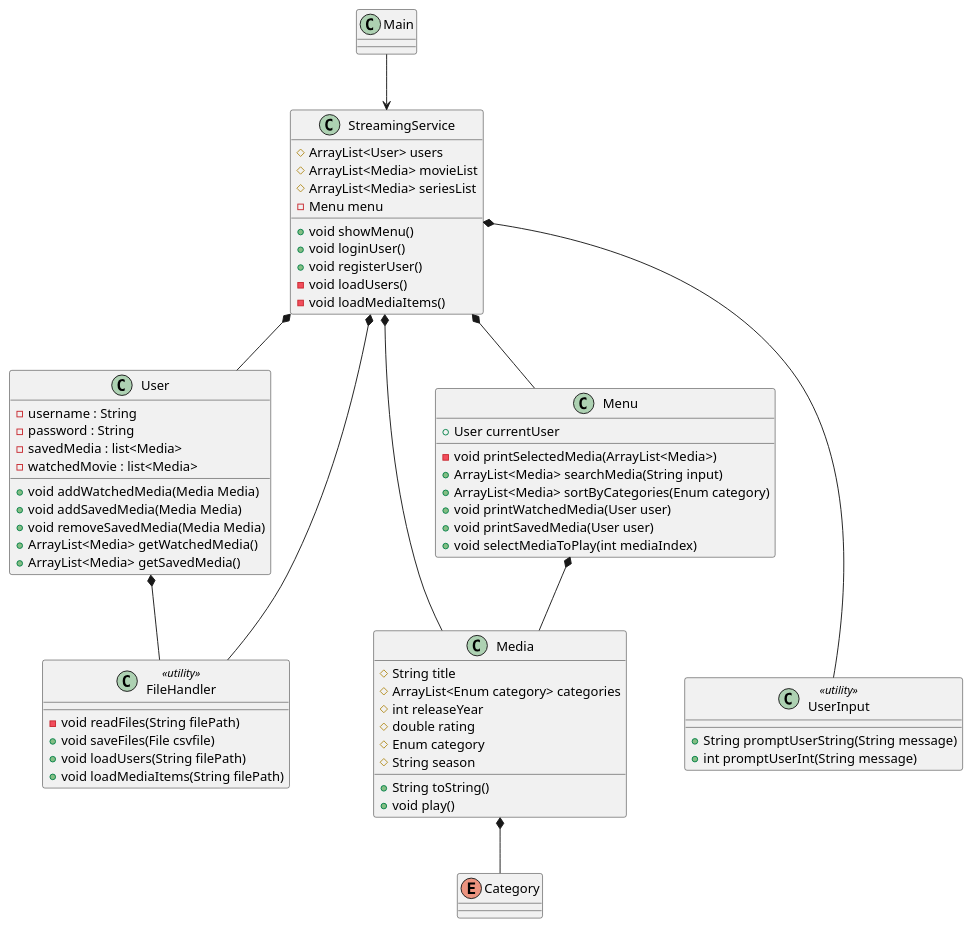
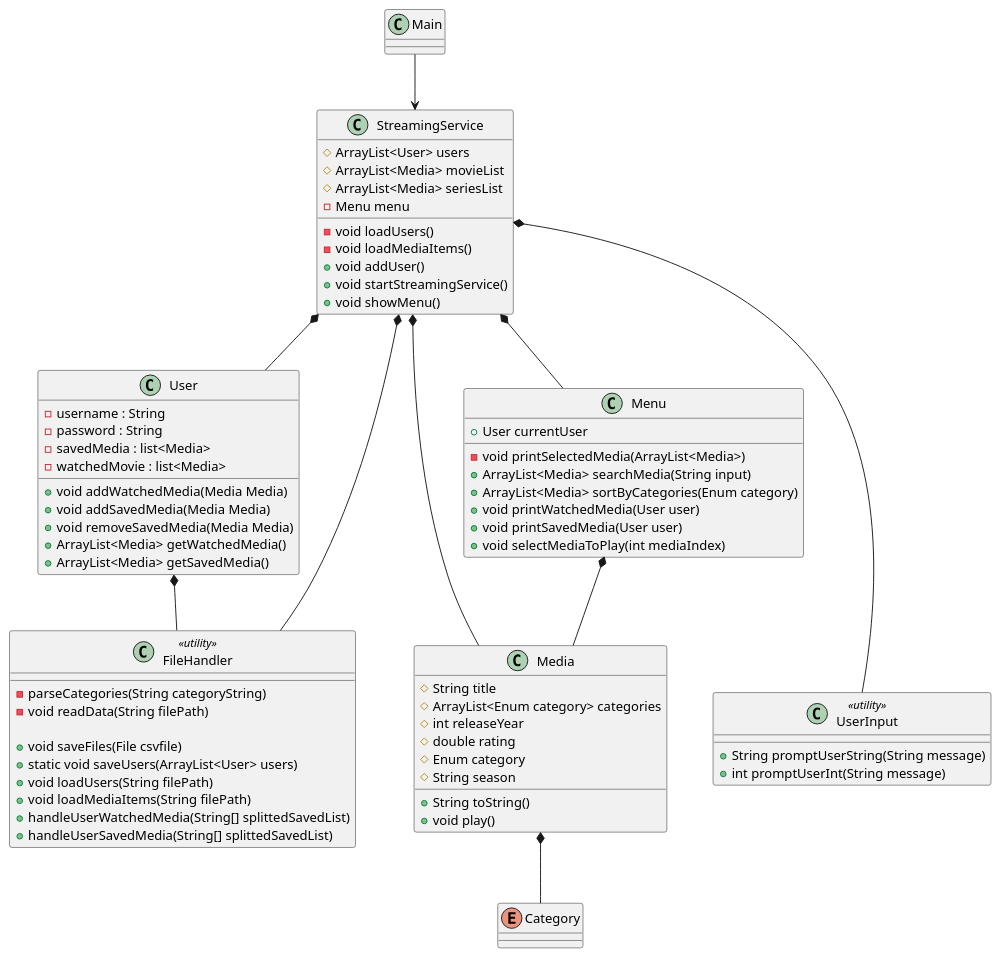
The diagram in UML DIagram/classDiagramV2.puml (Max-Rasmussen/SP3-StreamingService), drawn with PlantUML before and after one commit.

Commit message:
update classdiagram

```diff
--- a/UML DIagram/classDiagramV2.puml
+++ b/UML DIagram/classDiagramV2.puml
@@ -1,105 +1,109 @@
 @startuml
 
 
 
 
 '==Variabler og methods===
 
 class User{
 - username : String
 - password : String
 - savedMedia : list<Media>
 - watchedMovie : list<Media>
 
 + void addWatchedMedia(Media Media)
 + void addSavedMedia(Media Media)
 + void removeSavedMedia(Media Media)
 + ArrayList<Media> getWatchedMedia()
 + ArrayList<Media> getSavedMedia()
 
 }
 
 class Media{
 # String title
 # ArrayList<Enum category> categories
 # int releaseYear
 # double rating
 # Enum category
 # String season
 
 
 + String toString()
 + void play()
 
 
 }
 
 class Main
 
 
 enum Category
 class StreamingService{
 # ArrayList<User> users
 # ArrayList<Media> movieList
 # ArrayList<Media> seriesList
 - Menu menu
 
-+ void showMenu()
-+ void loginUser()
-+ void registerUser()
+
 - void loadUsers()
 - void loadMediaItems()
-
-
++ void addUser()
++ void startStreamingService()
++ void showMenu()
 }
 class FileHandler <<utility>> {
+- parseCategories(String categoryString)
+- void readData(String filePath)
 
-- void readFiles(String filePath)
 + void saveFiles(File csvfile)
++ static void saveUsers(ArrayList<User> users)
 + void loadUsers(String filePath)
 + void loadMediaItems(String filePath)
++ handleUserWatchedMedia(String[] splittedSavedList)
++ handleUserSavedMedia(String[] splittedSavedList)
 
 
 
 
 }
 
 
 class UserInput <<utility>>{
 
 
 +String promptUserString(String message)
 +int promptUserInt(String message)
 
 }
 class Menu{
 +User currentUser
 
 - void printSelectedMedia(ArrayList<Media>)
 + ArrayList<Media> searchMedia(String input)
 + ArrayList<Media> sortByCategories(Enum category)
 + void printWatchedMedia(User user)
 + void printSavedMedia(User user)
 + void selectMediaToPlay(int mediaIndex)
 
 }
 
 
 '==ARV===
 
 User *-- FileHandler
 StreamingService *-- FileHandler
 
 Menu *-- Media
 
 Main --> StreamingService
 
 StreamingService *--- UserInput
 StreamingService *-- Media
 StreamingService *-- Menu
 StreamingService *-- User
+
 Media *-- Category
 
 
 
 @enduml
```
